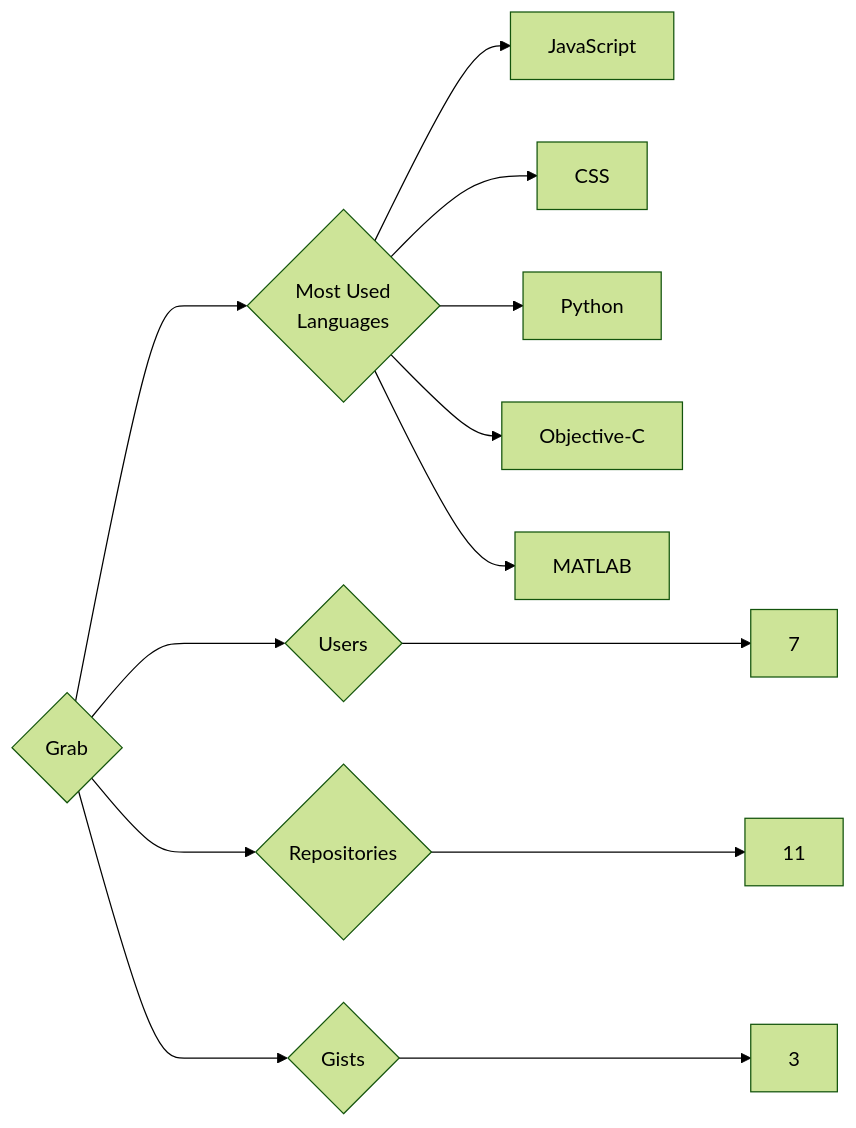
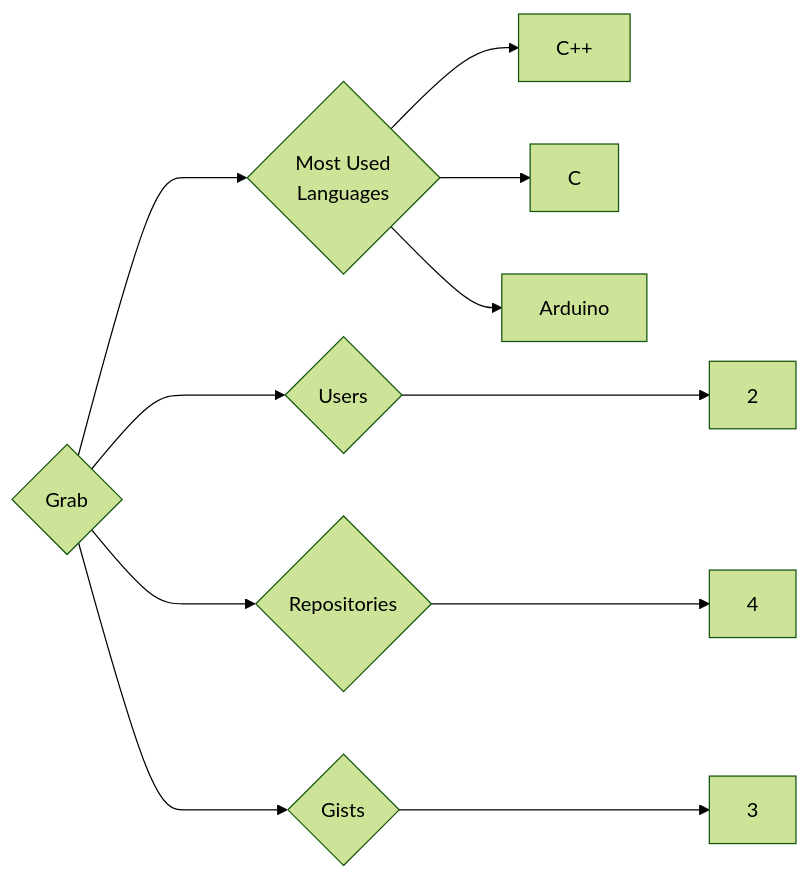
Before and after one commit to trickest/insiders: the diagram in targets/Grab/README.md, drawn with Mermaid (forest theme). The commit also changed 860 other files, not shown here.

````diff
--- a/targets/Grab/README.md
+++ b/targets/Grab/README.md
@@ -3,13 +3,11 @@
 ```mermaid
 graph LR
 COMPANY_NAME{Grab}
-COMPANY_NAME ---> U{Users} ---> UN[7]
-COMPANY_NAME ---> R{Repositories} ---> RN[11]
+COMPANY_NAME ---> U{Users} ---> UN[2]
+COMPANY_NAME ---> R{Repositories} ---> RN[4]
 COMPANY_NAME ---> G{Gists} ---> GN[3]
 COMPANY_NAME ---> ML{Most Used<br>Languages}
-ML --> JavaScript[JavaScript]
-ML --> CSS[CSS]
-ML --> Python[Python]
-ML --> Objective-C[Objective-C]
-ML --> MATLAB[MATLAB]
+ML --> C++[C++]
+ML --> C[C]
+ML --> Arduino[Arduino]
 ```
````
